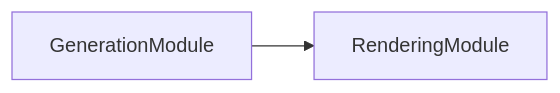
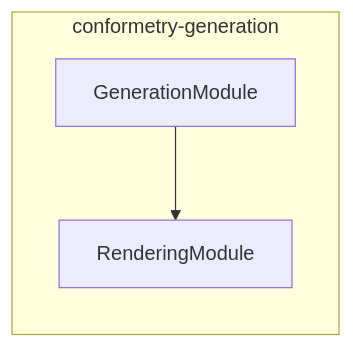
One commit to JimmyPaolini/codebase changed the second of 2 diagrams in packages/conformetry-generation/README.md. Above: the diagram before and after it, drawn with Mermaid. The commit also changed other lines of this file and 71 other files, not shown here.

Commit message:
feat(synchronization): ✨ group module graphs by package and add nx project graphs

````diff
--- a/packages/conformetry-generation/README.md
+++ b/packages/conformetry-generation/README.md
@@ -68,4 +89,8 @@
 ```mermaid
 flowchart LR
+  subgraph group0["conformetry-generation"]
+    GenerationModule
+    RenderingModule
+  end
   GenerationModule --> RenderingModule
 ```
````
